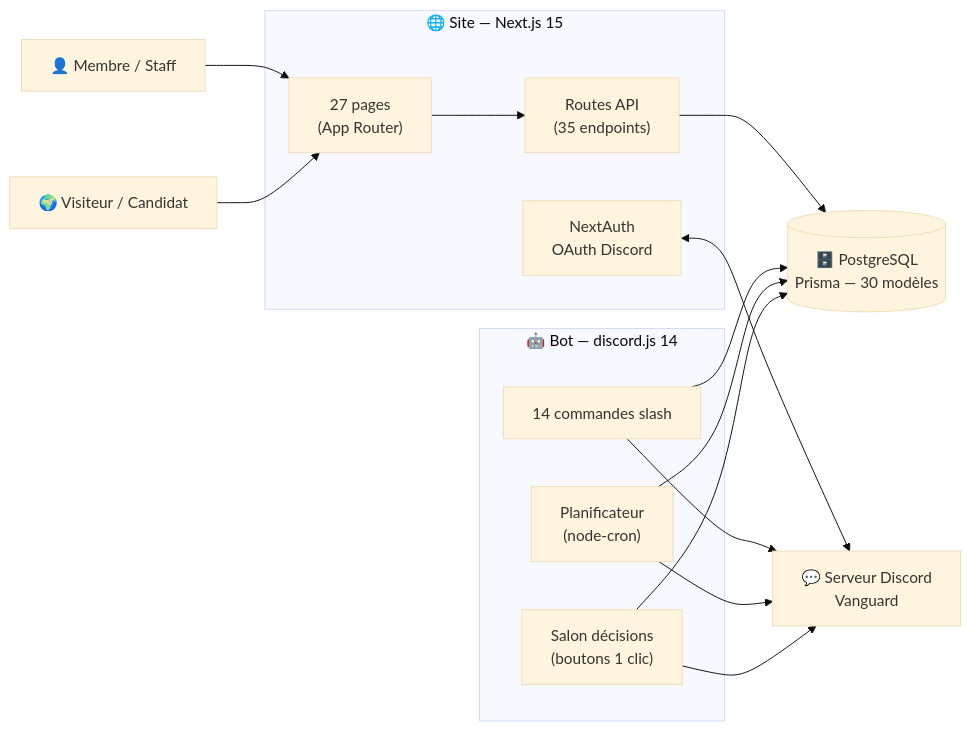
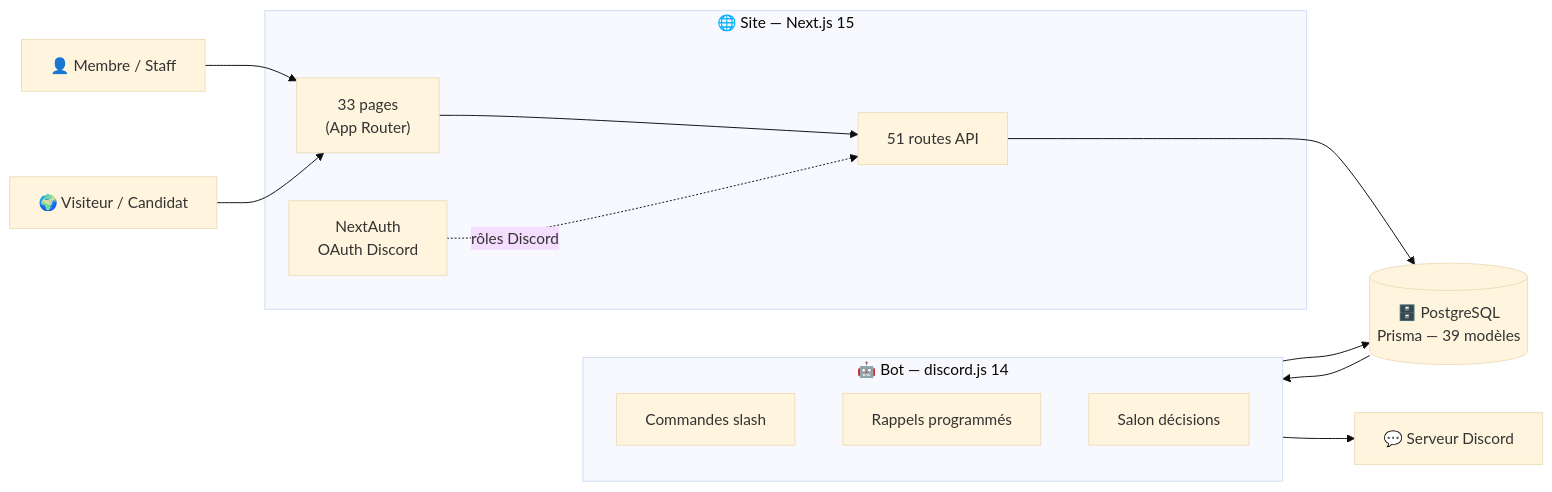
The first of 7 diagrams in README.md (maximedespaux/vanguardmmo), drawn with Mermaid (base theme) before and after one commit. The commit also changed other lines of this file, not shown here.

````diff
--- a/README.md
+++ b/README.md
@@ -28,27 +28,23 @@
 ```mermaid
 flowchart LR
     M["👤 Membre / Staff"] --> UI
     V["🌍 Visiteur / Candidat"] --> UI
 
     subgraph SITE["🌐 Site — Next.js 15"]
-        UI["27 pages<br/>(App Router)"] --> API["Routes API<br/>(35 endpoints)"]
+        UI["33 pages<br/>(App Router)"] --> API["51 routes API"]
         AUTH["NextAuth<br/>OAuth Discord"]
     end
 
-    API --> DB[("🗄️ PostgreSQL<br/>Prisma — 30 modèles")]
+    API --> DB[("🗄️ PostgreSQL<br/>Prisma — 39 modèles")]
 
     subgraph BOT["🤖 Bot — discord.js 14"]
-        CMD["14 commandes slash"]
-        CRON["Planificateur<br/>(node-cron)"]
-        DEC["Salon décisions<br/>(boutons 1 clic)"]
+        CMD["Commandes slash"]
+        CRON["Rappels programmés"]
+        DEC["Salon décisions"]
     end
 
-    CMD --> DB
-    CRON --> DB
-    DEC --> DB
-
-    AUTH <--> DIS["💬 Serveur Discord<br/>Vanguard"]
-    CMD --> DIS
-    CRON --> DIS
-    DEC --> DIS
+    BOT --> DB
+    DB --> BOT
+    AUTH -.->|"rôles Discord"| API
+    BOT --> DISCORD["💬 Serveur Discord"]
 ```
````
